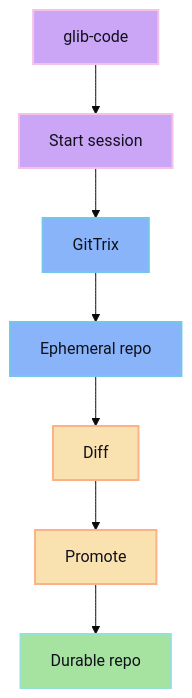
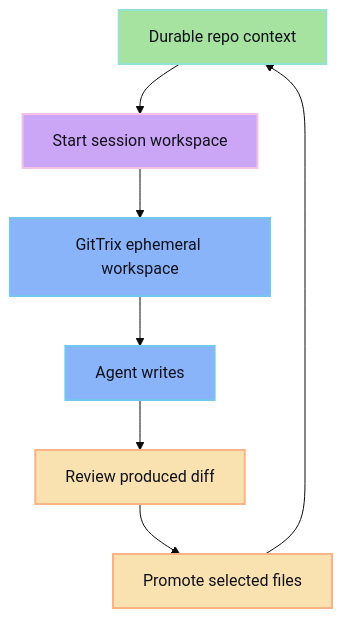
Before and after one commit to cloudboy-jh/glib-code-docs: the diagram in src/content/docs/guides/gittrix-integration.md, drawn with Mermaid (base theme). The commit also changed other lines of this file and 18 other files, not shown here.

Commit message:
Rebuild docs IA and diagrams

````diff
--- a/src/content/docs/guides/gittrix-integration.md
+++ b/src/content/docs/guides/gittrix-integration.md
@@ -10,19 +15,19 @@
 ```mermaid
 flowchart TD
-  Glib["glib-code"] --> Start["Start session"]
-  Start --> GitTrix["GitTrix"]
-  GitTrix --> Ephemeral["Ephemeral repo"]
-  Ephemeral --> Diff["Diff"]
-  Diff --> Promote["Promote"]
-  Promote --> Durable["Durable repo"]
+  Durable["Durable repo context"] --> Start["Start session workspace"]
+  Start --> Ephemeral["GitTrix ephemeral workspace"]
+  Ephemeral --> Agent["Agent writes"]
+  Agent --> Diff["Review produced diff"]
+  Diff --> Promote["Promote selected files"]
+  Promote --> Durable
 
   classDef glib fill:#cba6f7,stroke:#f5c2e7,color:#11111b,stroke-width:2px
   classDef gittrix fill:#89b4fa,stroke:#74c7ec,color:#11111b,stroke-width:2px
   classDef review fill:#f9e2af,stroke:#fab387,color:#11111b,stroke-width:2px
   classDef durable fill:#a6e3a1,stroke:#94e2d5,color:#11111b,stroke-width:2px
 
-  class Glib,Start glib
-  class GitTrix,Ephemeral gittrix
+  class Start glib
+  class Ephemeral,Agent gittrix
   class Diff,Promote review
   class Durable durable
 ```
````
